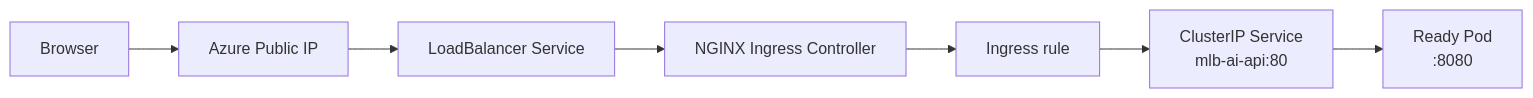
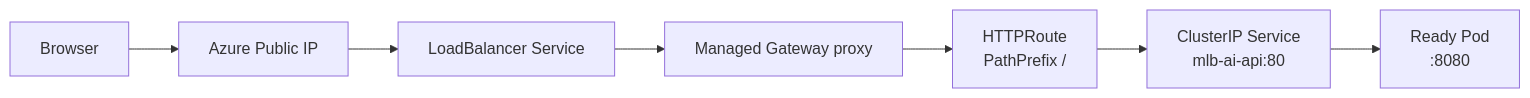
The third of 3 diagrams in docs/kubernetes-runtime-lab.md (sungYiCheng/MLB), drawn with Mermaid before and after one commit. The commit also changed other lines of this file and 15 other files, not shown here.

Commit message:
Add managed AKS Gateway API deployment

````diff
--- a/docs/kubernetes-runtime-lab.md
+++ b/docs/kubernetes-runtime-lab.md
@@ -386,9 +387,9 @@
 ```mermaid
 flowchart LR
     Browser[Browser] --> PublicIP[Azure Public IP]
     PublicIP --> LoadBalancer[LoadBalancer Service]
-    LoadBalancer --> Nginx[NGINX Ingress Controller]
-    Nginx --> Ingress[Ingress rule]
-    Ingress --> Service[ClusterIP Service<br/>mlb-ai-api:80]
+    LoadBalancer --> Proxy[Managed Gateway proxy]
+    Proxy --> Route[HTTPRoute<br/>PathPrefix /]
+    Route --> Service[ClusterIP Service<br/>mlb-ai-api:80]
     Service --> Pod[Ready Pod<br/>:8080]
 ```
````
